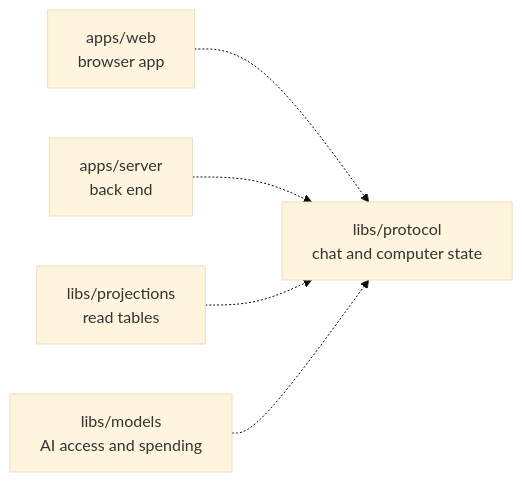
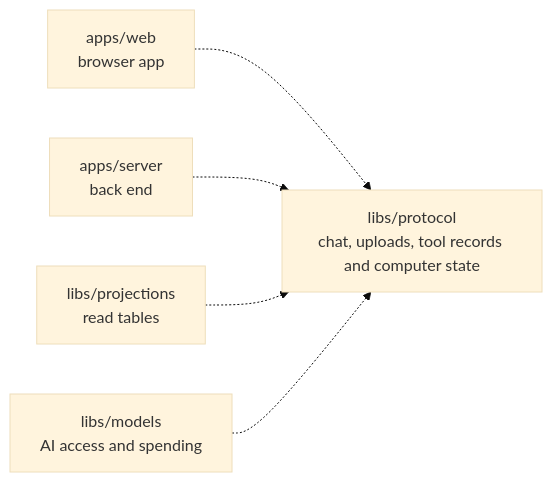
The diagram in libs/protocol/README.md (elewa-git/opencrane-new), drawn with Mermaid (base theme) before and after one commit. The commit also changed other lines of this file and 44 other files, not shown here.

First line of the commit message:
🧰 Tool calls appear in the chat while they run and when they finish (#250)

````diff
--- a/libs/protocol/README.md
+++ b/libs/protocol/README.md
@@ -11,7 +11,7 @@
 ```mermaid
 flowchart LR
-  web["apps/web<br/>browser app"] -.-> protocol["libs/protocol<br/>chat and computer state"]
+  web["apps/web<br/>browser app"] -.-> protocol["libs/protocol<br/>chat, uploads, tool records and computer state"]
   server["apps/server<br/>back end"] -.-> protocol
   projections["libs/projections<br/>read tables"] -.-> protocol
   models["libs/models<br/>AI access and spending"] -.-> protocol
 ```
````
